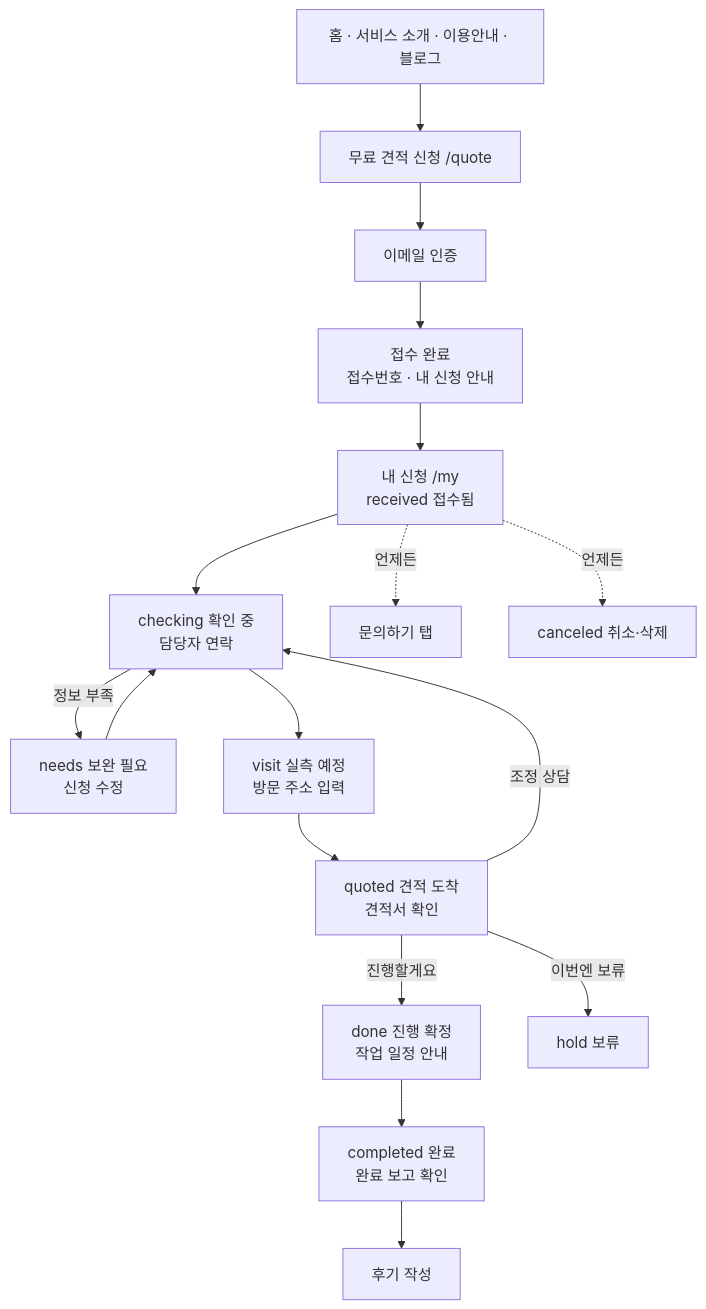
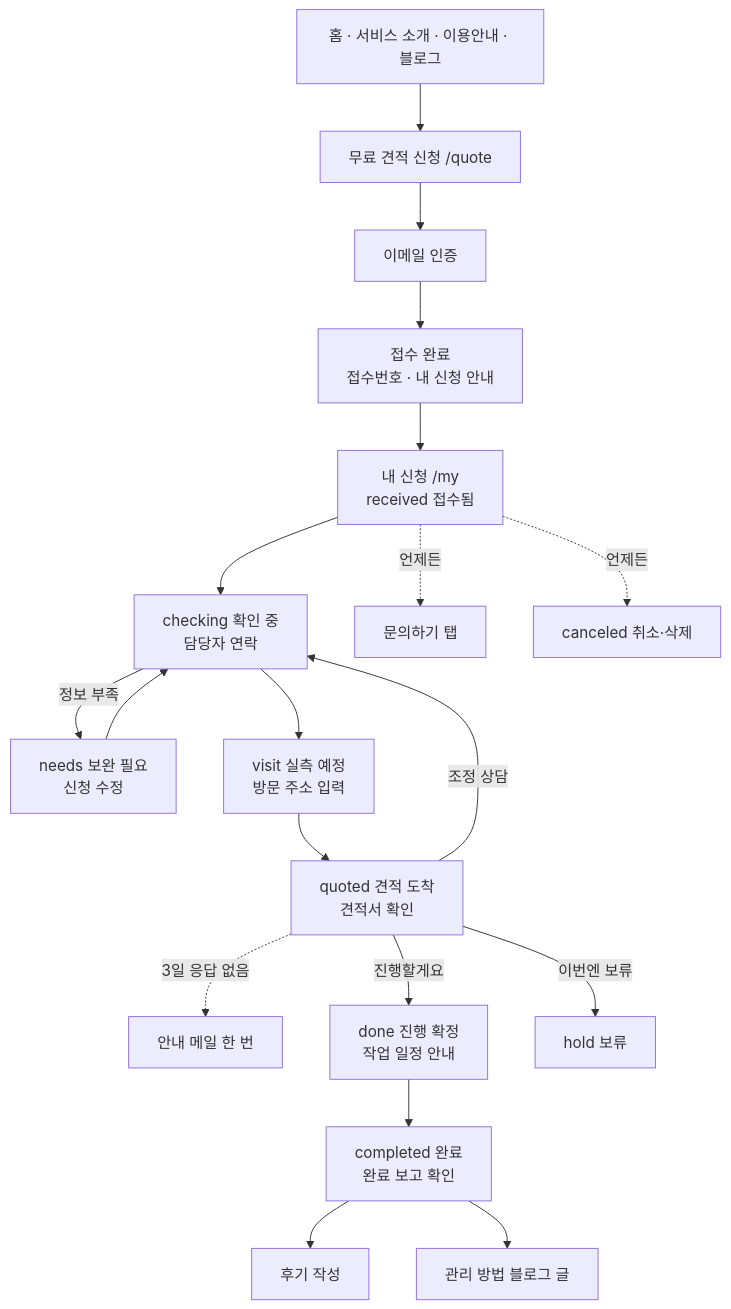
Before and after one commit to tedoori/tedoori-landing: the diagram in docs/site-overview.md, drawn with Mermaid. The commit also changed other lines of this file, not shown here.

Commit message:
docs: overview with afternoon changes, flow and IA updates

````diff
--- a/docs/site-overview.md
+++ b/docs/site-overview.md
@@ -62,19 +77,21 @@
 ```mermaid
 flowchart TD
   A[홈 · 서비스 소개 · 이용안내 · 블로그] --> B[무료 견적 신청 /quote]
   B --> C[이메일 인증]
   C --> D[접수 완료<br/>접수번호 · 내 신청 안내]
   D --> E[내 신청 /my<br/>received 접수됨]
+  I -.->|3일 응답 없음| R[안내 메일 한 번]
   E --> F[checking 확인 중<br/>담당자 연락]
   F -->|정보 부족| G[needs 보완 필요<br/>신청 수정]
   G --> F
   F --> H[visit 실측 예정<br/>방문 주소 입력]
   H --> I[quoted 견적 도착<br/>견적서 확인]
   I -->|진행할게요| J[done 진행 확정<br/>작업 일정 안내]
   I -->|조정 상담| F
   I -->|이번엔 보류| K[hold 보류]
   J --> L[completed 완료<br/>완료 보고 확인]
   L --> M[후기 작성]
+  L --> P[관리 방법 블로그 글]
   E -.->|언제든| N[문의하기 탭]
   E -.->|언제든| O[canceled 취소·삭제]
 ```
````
